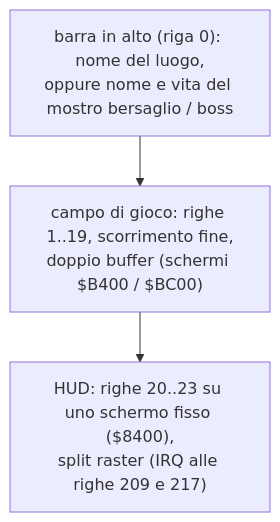
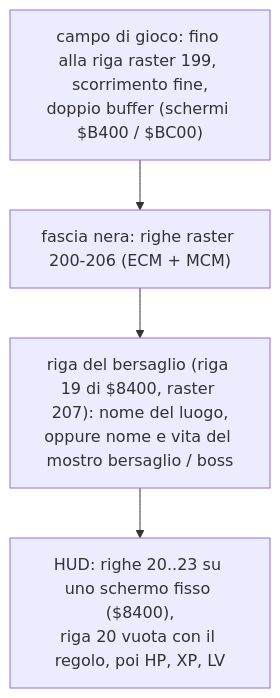
Before and after one commit to caporalesimone/barbarian-the-blood-path: the diagram in docs/wiki/interfaccia.md, drawn with Mermaid. The commit also changed other lines of this file and 13 other files, not shown here.

First line of the commit message:
Bersaglio nell'HUD in basso: wiki e versione dopo il merge

````diff
--- a/docs/wiki/interfaccia.md
+++ b/docs/wiki/interfaccia.md
@@ -94,7 +94,8 @@
 ```mermaid
 flowchart TB
-    BAR["barra in alto (riga 0): nome del luogo,<br/>oppure nome e vita del mostro bersaglio / boss"]
-    PLAY["campo di gioco: righe 1..19, scorrimento fine,<br/>doppio buffer (schermi $B400 / $BC00)"]
-    HUD["HUD: righe 20..23 su uno schermo fisso ($8400),<br/>split raster (IRQ alle righe 209 e 217)"]
-    BAR --> PLAY --> HUD
+    PLAY["campo di gioco: fino alla riga raster 199, scorrimento fine,<br/>doppio buffer (schermi $B400 / $BC00)"]
+    BAND["fascia nera: righe raster 200-206 (ECM + MCM)"]
+    BAR["riga del bersaglio (riga 19 di $8400, raster 207): nome del luogo,<br/>oppure nome e vita del mostro bersaglio / boss"]
+    HUD["HUD: righe 20..23 su uno schermo fisso ($8400),<br/>riga 20 vuota con il regolo, poi HP, XP, LV"]
+    PLAY --> BAND --> BAR --> HUD
 ```
````
